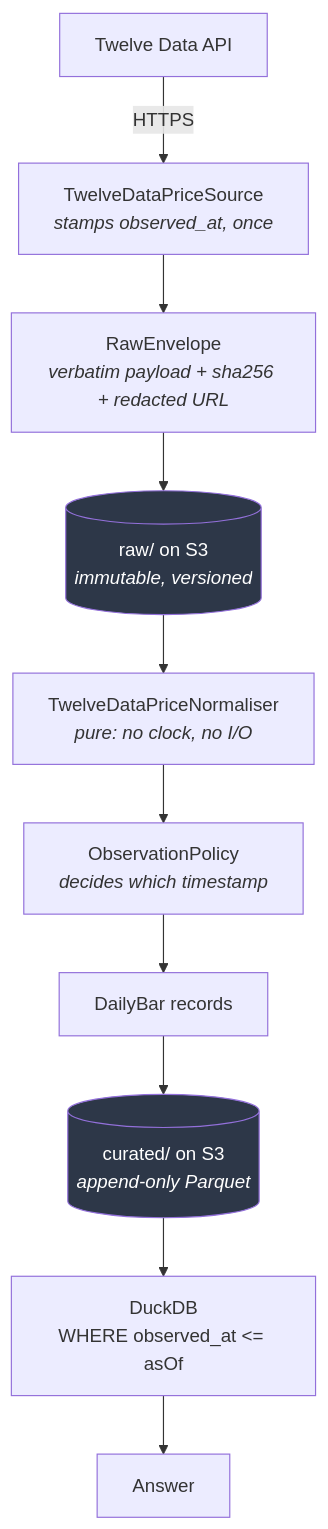
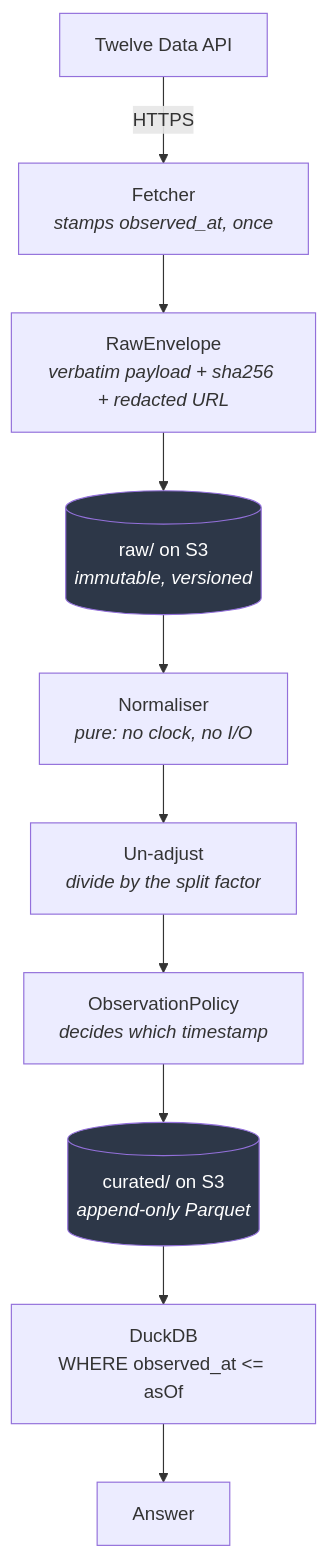
The diagram in README.md (Brandon-Hale/pit-marketdata), drawn with Mermaid before and after one commit. The commit also changed other lines of this file, not shown here.

````diff
--- a/README.md
+++ b/README.md
@@ -119,15 +175,15 @@
 ```mermaid
 flowchart TD
-    V["Twelve Data API"] -->|"HTTPS"| F["TwelveDataPriceSource<br/><i>stamps observed_at, once</i>"]
+    V["Twelve Data API"] -->|"HTTPS"| F["Fetcher<br/><i>stamps observed_at, once</i>"]
     F --> E["RawEnvelope<br/><i>verbatim payload + sha256 + redacted URL</i>"]
     E --> R[("raw/ on S3<br/><i>immutable, versioned</i>")]
-    R --> N["TwelveDataPriceNormaliser<br/><i>pure: no clock, no I/O</i>"]
-    N --> P["ObservationPolicy<br/><i>decides which timestamp</i>"]
-    P --> D["DailyBar records"]
-    D --> C[("curated/ on S3<br/><i>append-only Parquet</i>")]
+    R --> N["Normaliser<br/><i>pure: no clock, no I/O</i>"]
+    N --> U["Un-adjust<br/><i>divide by the split factor</i>"]
+    U --> P["ObservationPolicy<br/><i>decides which timestamp</i>"]
+    P --> C[("curated/ on S3<br/><i>append-only Parquet</i>")]
     C --> Q["DuckDB<br/>WHERE observed_at &lt;= asOf"]
     Q --> A["Answer"]
 
     style R fill:#2d3748,color:#fff
     style C fill:#2d3748,color:#fff
 ```
````
